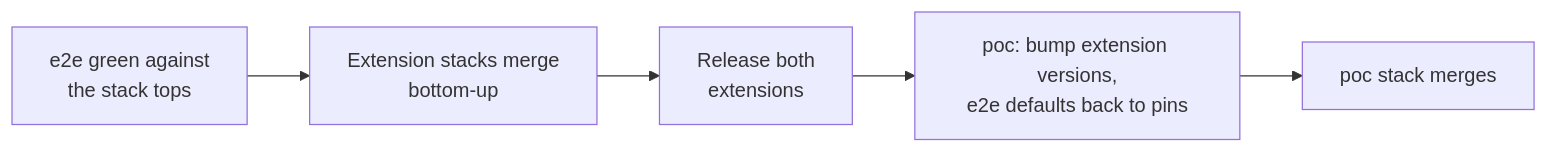
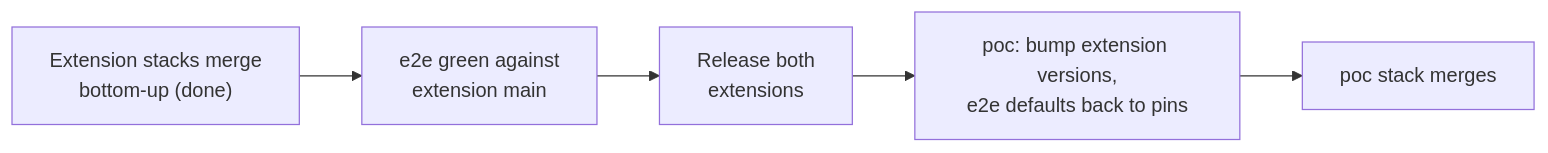
One commit to OTelFeature/poc changed the diagram in docs/spec/traceability.md. Above: the diagram before and after it, drawn with Mermaid. The commit also changed other lines of this file and 10 other files, not shown here.

````diff
--- a/docs/spec/traceability.md
+++ b/docs/spec/traceability.md
@@ -158,7 +196,7 @@
 ```mermaid
 flowchart LR
-    E["e2e green against<br/>the stack tops"] --> X["Extension stacks merge<br/>bottom-up"]
-    X --> R["Release both<br/>extensions"]
+    X["Extension stacks merge<br/>bottom-up (done)"] --> E["e2e green against<br/>extension main"]
+    E --> R["Release both<br/>extensions"]
     R --> B["poc: bump extension versions,<br/>e2e defaults back to pins"]
     B --> P["poc stack merges"]
 ```
````
